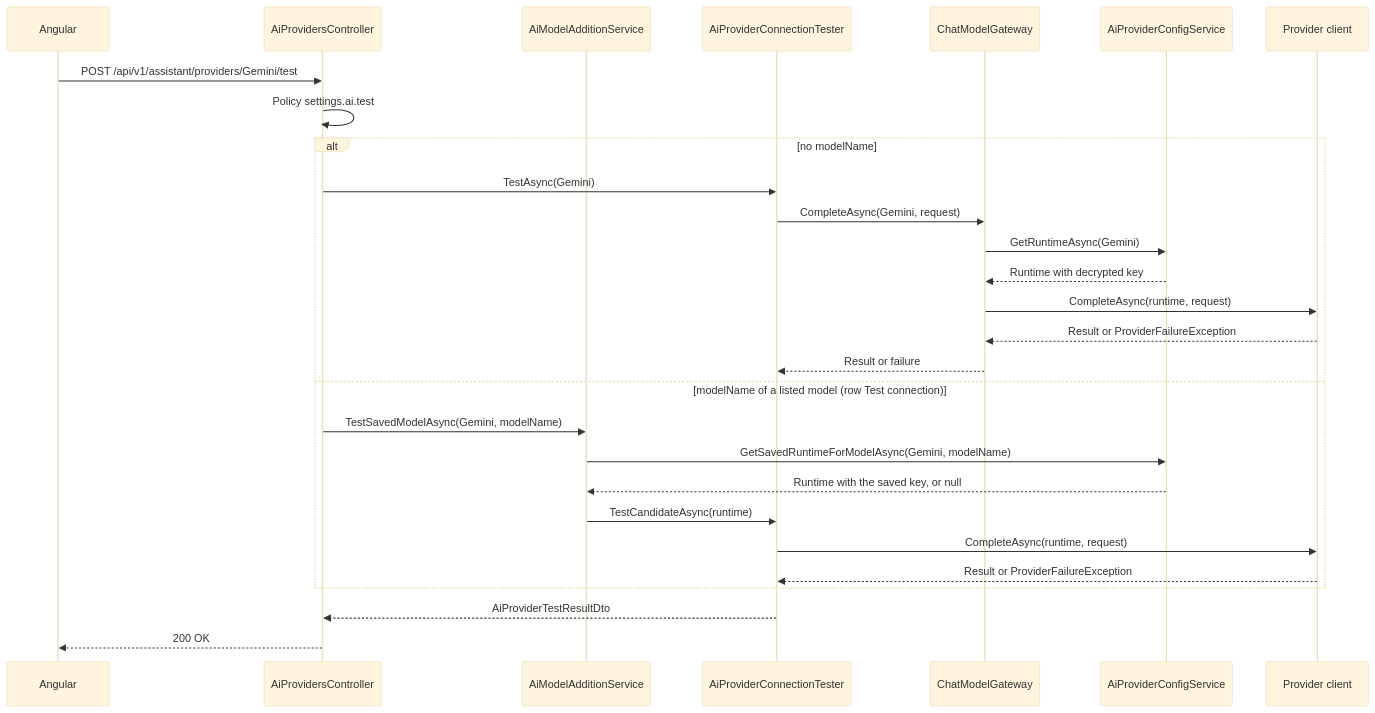
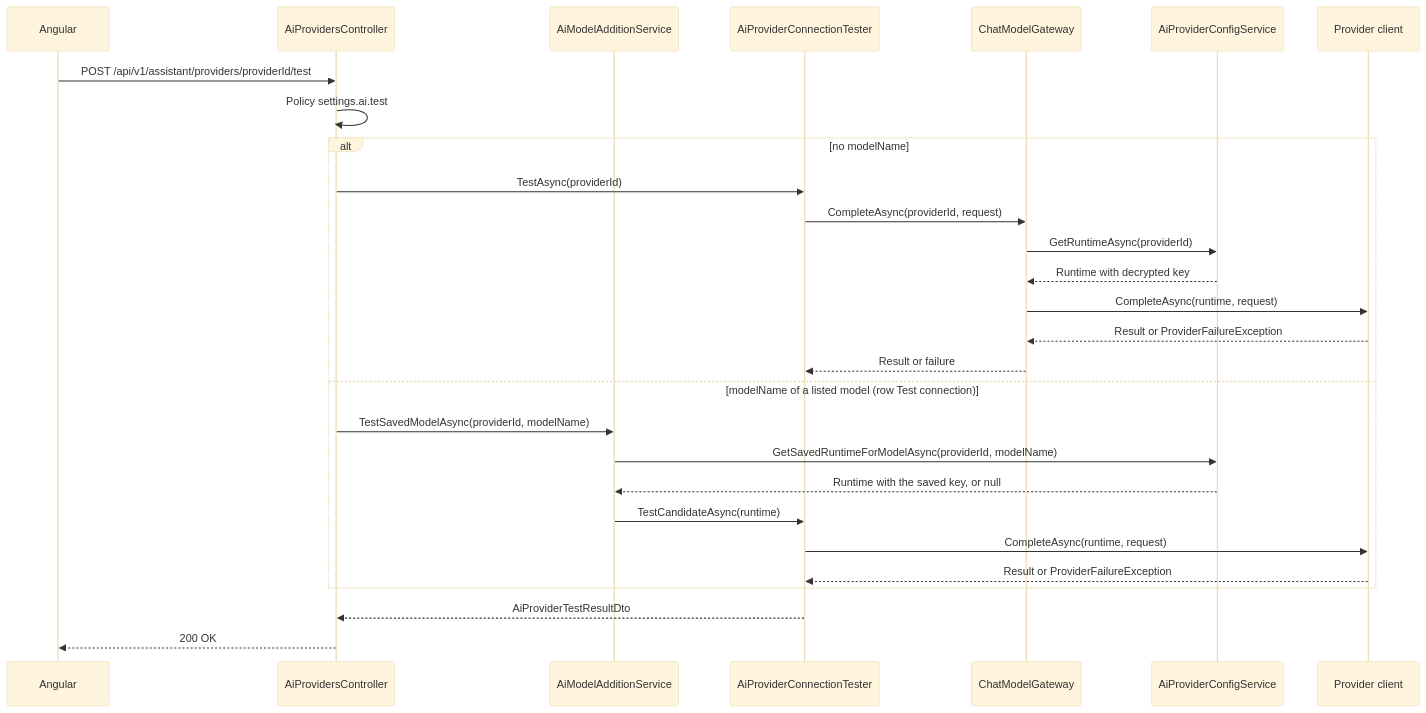
Before and after one commit to jojogeorge3344/TaskFlow-Project: the second of 5 diagrams in TF - Documents/TFTechnicalWorkflow/Tech WF in MD/08-Settings/08.4-TFA-Settings.md, drawn with Mermaid (base theme). The commit also changed other lines of this file and 8 other files, not shown here.

First line of the commit message:
docs(tfa): document custom AI providers in the TFA Settings and Assistant docs

````diff
--- a/TF - Documents/TFTechnicalWorkflow/Tech WF in MD/08-Settings/08.4-TFA-Settings.md
+++ b/TF - Documents/TFTechnicalWorkflow/Tech WF in MD/08-Settings/08.4-TFA-Settings.md
@@ -215,30 +242,30 @@
 ```mermaid
 sequenceDiagram
   participant UI as Angular
   participant C as AiProvidersController
   participant M as AiModelAdditionService
   participant T as AiProviderConnectionTester
   participant G as ChatModelGateway
   participant S as AiProviderConfigService
   participant P as Provider client
-  UI->>C: POST /api/v1/assistant/providers/Gemini/test
+  UI->>C: POST /api/v1/assistant/providers/providerId/test
   C->>C: Policy settings.ai.test
   alt no modelName
-    C->>T: TestAsync(Gemini)
-    T->>G: CompleteAsync(Gemini, request)
-    G->>S: GetRuntimeAsync(Gemini)
+    C->>T: TestAsync(providerId)
+    T->>G: CompleteAsync(providerId, request)
+    G->>S: GetRuntimeAsync(providerId)
     S-->>G: Runtime with decrypted key
     G->>P: CompleteAsync(runtime, request)
     P-->>G: Result or ProviderFailureException
     G-->>T: Result or failure
   else modelName of a listed model (row Test connection)
-    C->>M: TestSavedModelAsync(Gemini, modelName)
-    M->>S: GetSavedRuntimeForModelAsync(Gemini, modelName)
+    C->>M: TestSavedModelAsync(providerId, modelName)
+    M->>S: GetSavedRuntimeForModelAsync(providerId, modelName)
     S-->>M: Runtime with the saved key, or null
     M->>T: TestCandidateAsync(runtime)
     T->>P: CompleteAsync(runtime, request)
     P-->>T: Result or ProviderFailureException
   end
   T-->>C: AiProviderTestResultDto
   C-->>UI: 200 OK
 ```
````
